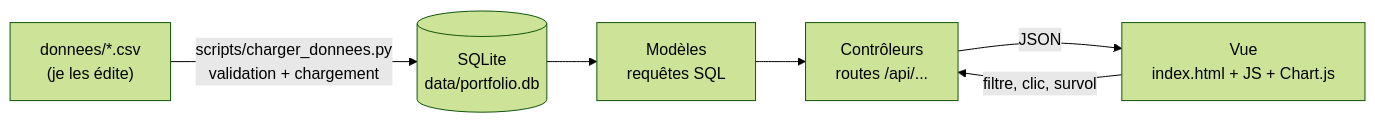
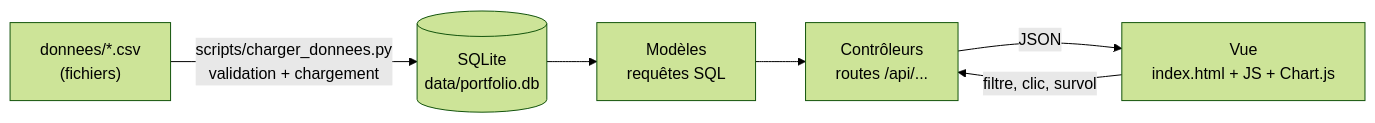
Before and after one commit to tshazlytembo123-bot/tshazly-man-tte: the first of 2 diagrams in architecture/ARCHITECTURE.md, drawn with Mermaid (forest theme).

Commit message:
Modify architecture diagram for CSV file updates
Updated flowchart to reflect changes in CSV file handling.

````diff
--- a/architecture/ARCHITECTURE.md
+++ b/architecture/ARCHITECTURE.md
@@ -25,8 +25,8 @@
 ```mermaid
 flowchart LR
-  CSV["donnees/*.csv<br/>(je les édite)"] -->|scripts/charger_donnees.py<br/>validation + chargement| DB[("SQLite<br/>data/portfolio.db")]
+  CSV["donnees/*.csv<br/>(fichiers)"] -->|scripts/charger_donnees.py<br/>validation + chargement| DB[("SQLite<br/>data/portfolio.db")]
   DB --> M["Modèles<br/>requêtes SQL"]
   M --> C["Contrôleurs<br/>routes /api/..."]
   C -->|JSON| V["Vue<br/>index.html + JS + Chart.js"]
   V -->|filtre, clic, survol| C
 ```
````
